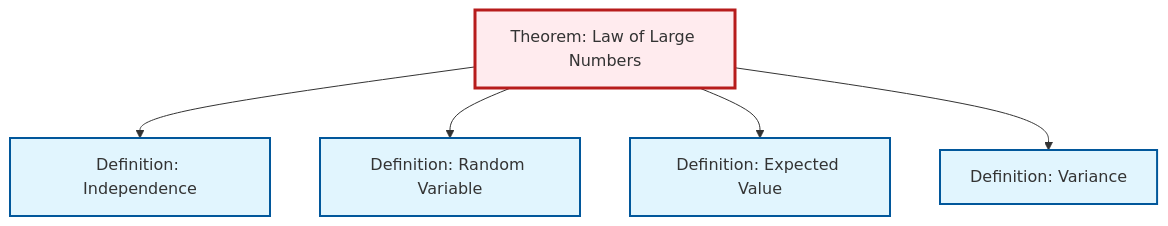
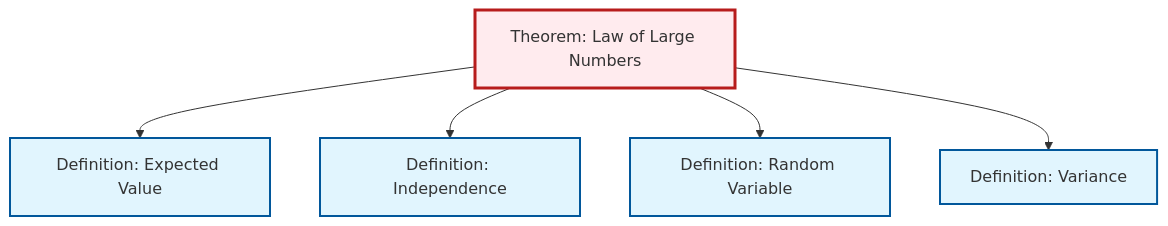
Before and after one commit to RK0429/ModernMath: the second of 2 diagrams in content/en/probability-statistics/thm-law-of-large-numbers.qmd, drawn with Mermaid. The commit also changed other lines of this file and 531 other files, not shown here.

````diff
--- a/content/en/probability-statistics/thm-law-of-large-numbers.qmd
+++ b/content/en/probability-statistics/thm-law-of-large-numbers.qmd
@@ -88,23 +88,23 @@
 ```{mermaid}
 %%| fig-cap: "Local dependency graph"
 graph TD
     classDef definition fill:#e1f5fe,stroke:#01579b,stroke-width:2px
     classDef theorem fill:#f3e5f5,stroke:#4a148c,stroke-width:2px
     classDef axiom fill:#fff3e0,stroke:#e65100,stroke-width:2px
     classDef example fill:#e8f5e9,stroke:#1b5e20,stroke-width:2px
     classDef current fill:#ffebee,stroke:#b71c1c,stroke-width:3px
     def-random-variable["Definition: Random Variable"]:::definition
-    def-variance["Definition: Variance"]:::definition
     def-expectation["Definition: Expected Value"]:::definition
     thm-law-of-large-numbers["Theorem: Law of Large Numbers"]:::theorem
     def-independence["Definition: Independence"]:::definition
+    def-variance["Definition: Variance"]:::definition
+    thm-law-of-large-numbers --> def-expectation
     thm-law-of-large-numbers --> def-independence
     thm-law-of-large-numbers --> def-random-variable
-    thm-law-of-large-numbers --> def-expectation
     thm-law-of-large-numbers --> def-variance
     class thm-law-of-large-numbers current
     click def-random-variable "def-random-variable.html" "Go to Random Variable definition"
-    click def-variance "def-variance.html" "Go to Variance definition"
     click def-expectation "def-expectation.html" "Go to Expected Value definition"
     click def-independence "def-independence.html" "Go to Independence definition"
+    click def-variance "def-variance.html" "Go to Variance definition"
 ```
````
